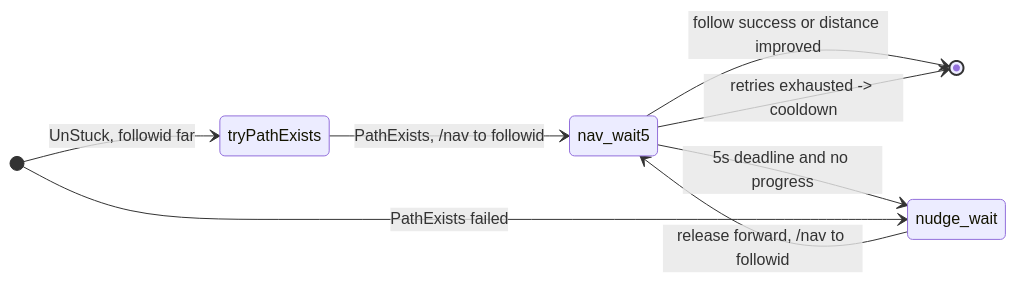
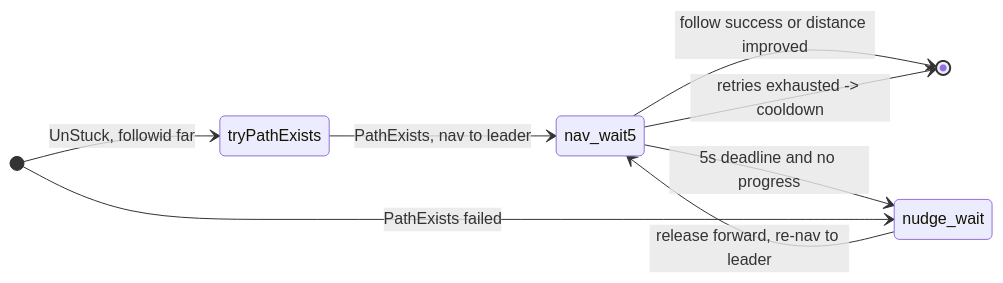
The second of 3 diagrams in docs/botlogic/movement-and-misc.md (Cezero/czbot), drawn with Mermaid before and after one commit. The commit also changed other lines of this file and 32 other files, not shown here.

````diff
--- a/docs/botlogic/movement-and-misc.md
+++ b/docs/botlogic/movement-and-misc.md
@@ -38,11 +44,11 @@
 ```mermaid
 stateDiagram-v2
     direction LR
     [*] --> tryPathExists: UnStuck, followid far
-    tryPathExists --> nav_wait5: PathExists, /nav to followid
+    tryPathExists --> nav_wait5: PathExists, nav to leader
     nav_wait5 --> [*]: follow success or distance improved
     nav_wait5 --> nudge_wait: 5s deadline and no progress
-    nudge_wait --> nav_wait5: release forward, /nav to followid
+    nudge_wait --> nav_wait5: release forward, re-nav to leader
     nav_wait5 --> [*]: retries exhausted -> cooldown
     [*] --> nudge_wait: PathExists failed
 ```
````
